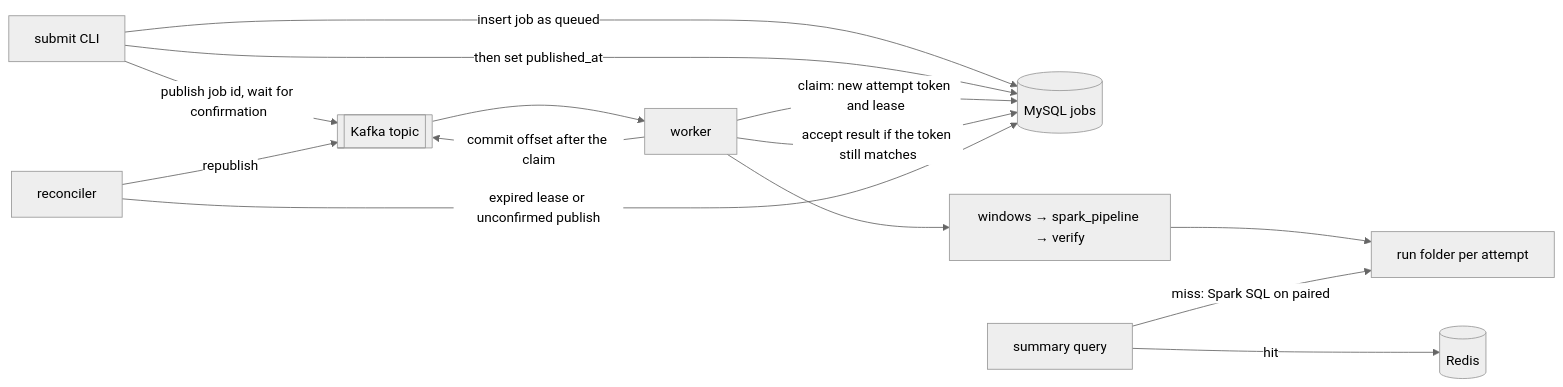
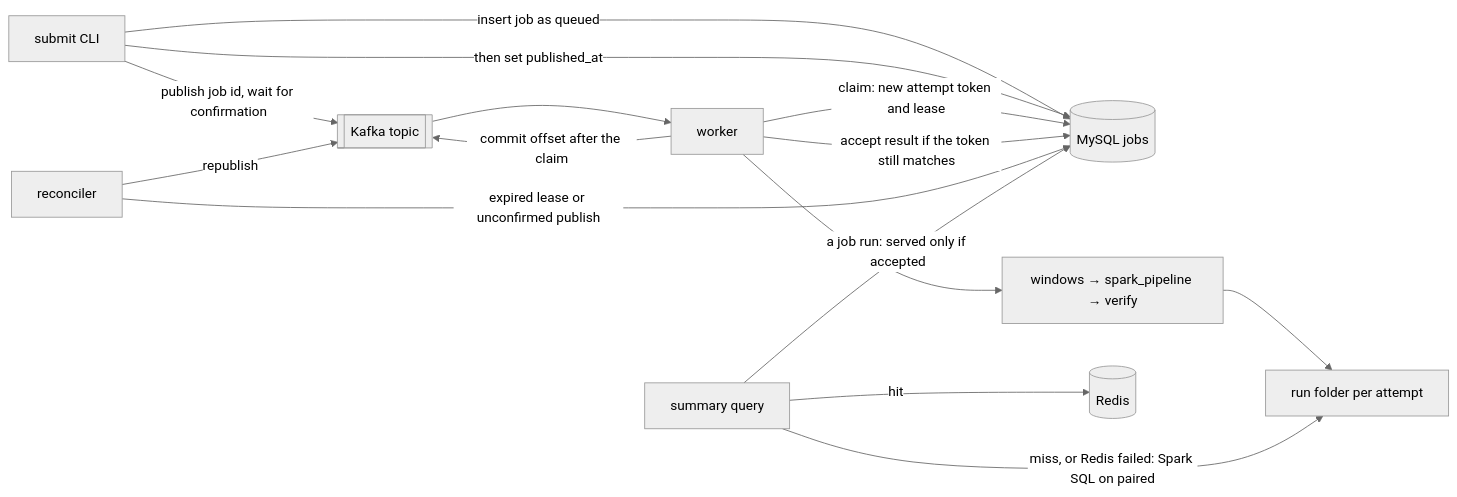
Before and after one commit to kelly-0111/leveraged-etf-risk-analytics: the second of 2 diagrams in docs/spec.md, drawn with Mermaid (neutral theme). The commit also changed other lines of this file and 2 other files, not shown here.

````diff
--- a/docs/spec.md
+++ b/docs/spec.md
@@ -820,16 +829,17 @@
 ```mermaid
 flowchart LR
     S[submit CLI] -->|insert job as queued| DB[(MySQL jobs)]
     S -->|publish job id, wait for confirmation| K[[Kafka topic]]
     S -->|then set published_at| DB
     K --> W[worker]
     W -->|claim: new attempt token and lease| DB
     W -->|commit offset after the claim| K
     W --> P["windows → spark_pipeline → verify"]
     P --> O[run folder per attempt]
     W -->|accept result if the token still matches| DB
     R[reconciler] -->|expired lease or unconfirmed publish| DB
     R -->|republish| K
-    Q[summary query] -->|hit| C[(Redis)]
-    Q -->|miss: Spark SQL on paired| O
+    Q[summary query] -->|a job run: served only if accepted| DB
+    Q -->|hit| C[(Redis)]
+    Q -->|miss, or Redis failed: Spark SQL on paired| O
 ```
````
